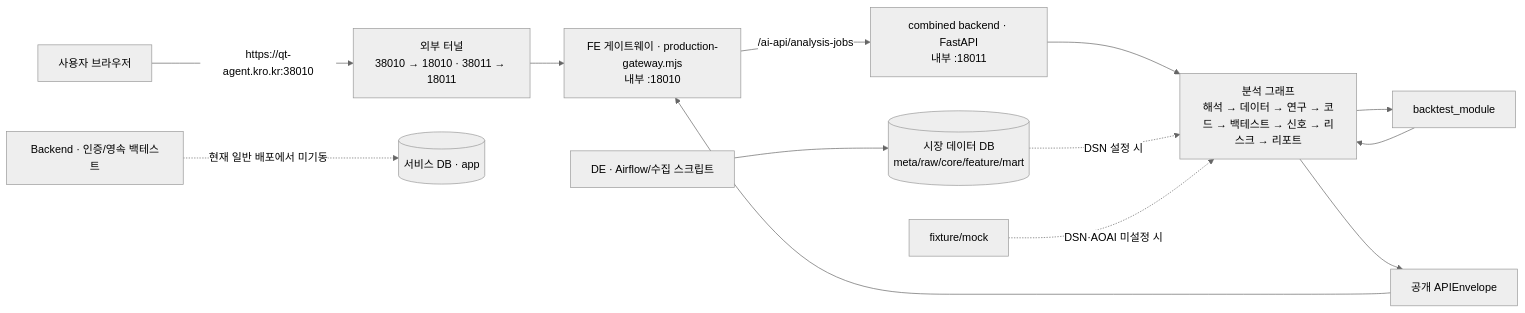
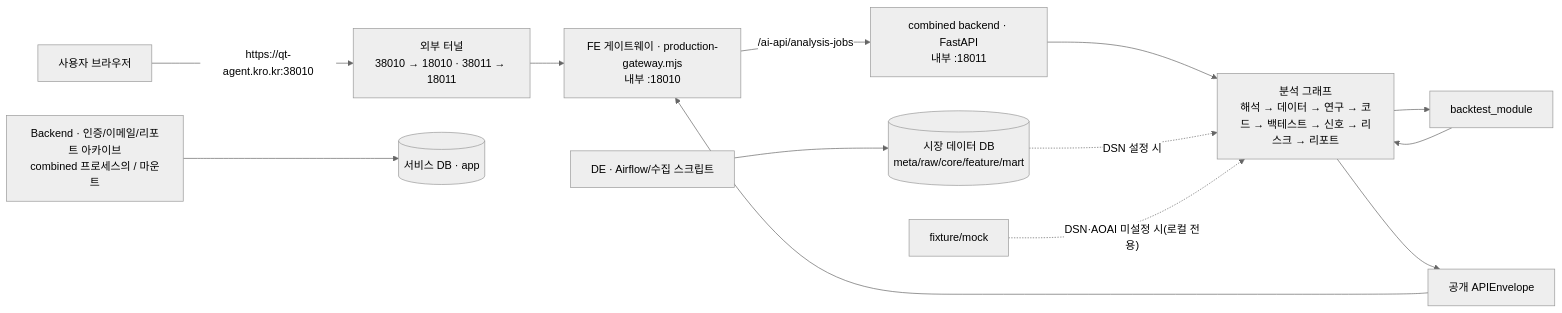
One commit to yminh0/Quant_agent changed the first of 7 diagrams in docs/PROJECT_FLOW_AND_DEBT_GUIDE.md. Above: the diagram before and after it, drawn with Mermaid (neutral theme). The commit also changed other lines of this file and 15 other files, not shown here.

````diff
--- a/docs/PROJECT_FLOW_AND_DEBT_GUIDE.md
+++ b/docs/PROJECT_FLOW_AND_DEBT_GUIDE.md
@@ -24,17 +24,17 @@
 ```mermaid
 flowchart LR
     U["사용자 브라우저"] -->|"https://qt-agent.kro.kr:38010"| T["외부 터널<br/>38010 → 18010 · 38011 → 18011"]
     T --> FE["FE 게이트웨이 · production-gateway.mjs<br/>내부 :18010"]
     FE -->|"/ai-api/analysis-jobs"| AI["combined backend · FastAPI<br/>내부 :18011"]
     AI --> G["분석 그래프<br/>해석 → 데이터 → 연구 → 코드 → 백테스트 → 신호 → 리스크 → 리포트"]
     G --> BT["backtest_module"]
     BT --> G
     G --> ENV["공개 APIEnvelope"]
     ENV --> FE
 
     DE["DE · Airflow/수집 스크립트"] --> MDB[("시장 데이터 DB<br/>meta/raw/core/feature/mart")]
     MDB -. "DSN 설정 시" .-> G
-    FIX["fixture/mock"] -. "DSN·AOAI 미설정 시" .-> G
+    FIX["fixture/mock"] -. "DSN·AOAI 미설정 시(로컬 전용)" .-> G
 
-    BE["Backend · 인증/영속 백테스트"] -. "현재 일반 배포에서 미기동" .-> ADB[("서비스 DB · app")]
+    BE["Backend · 인증/이메일/리포트 아카이브<br/>combined 프로세스의 / 마운트"] --> ADB[("서비스 DB · app")]
 ```
````
